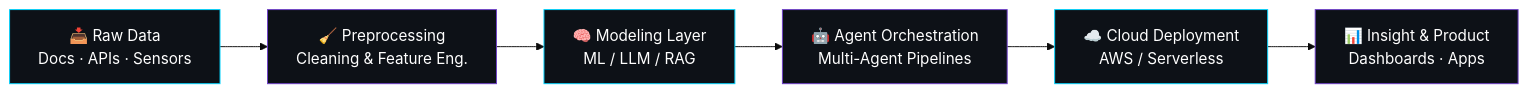
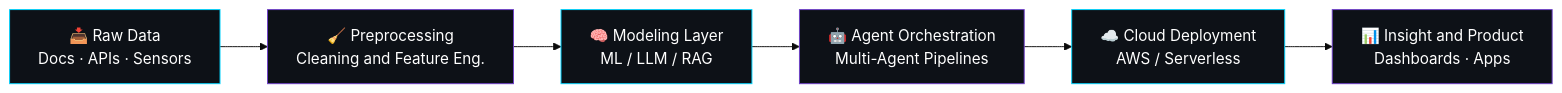
One commit to Tanmay-Hadke/Tanmay-Hadke changed the diagram in README.md. Above: the diagram before and after it, drawn with Mermaid (base theme). The commit also changed other lines of this file, not shown here.

````diff
--- a/README.md
+++ b/README.md
@@ -71,15 +116,15 @@
 ```mermaid
 flowchart LR
-    A["📥 Raw Data<br/>Docs · APIs · Sensors"] --> B["🧹 Preprocessing<br/>Cleaning & Feature Eng."]
+    A["📥 Raw Data<br/>Docs · APIs · Sensors"] --> B["🧹 Preprocessing<br/>Cleaning and Feature Eng."]
     B --> C["🧠 Modeling Layer<br/>ML / LLM / RAG"]
     C --> D["🤖 Agent Orchestration<br/>Multi-Agent Pipelines"]
     D --> E["☁️ Cloud Deployment<br/>AWS / Serverless"]
-    E --> F["📊 Insight & Product<br/>Dashboards · Apps"]
+    E --> F["📊 Insight and Product<br/>Dashboards · Apps"]
 
     style A fill:#0d1117,stroke:#00d4ff,color:#fff
     style B fill:#0d1117,stroke:#6e40c9,color:#fff
     style C fill:#0d1117,stroke:#00d4ff,color:#fff
     style D fill:#0d1117,stroke:#6e40c9,color:#fff
     style E fill:#0d1117,stroke:#00d4ff,color:#fff
     style F fill:#0d1117,stroke:#6e40c9,color:#fff
 ```
````
